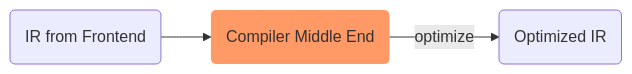
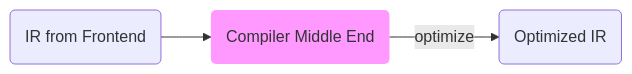
The seventh of 10 diagrams in docs/Tutorials/07_compiler.md (avimehenwal/python.avimehenwal), drawn with Mermaid before and after one commit. The commit also changed other lines of this file and 14 other files, not shown here.

````diff
--- a/docs/Tutorials/07_compiler.md
+++ b/docs/Tutorials/07_compiler.md
@@ -278,10 +289,8 @@
 ```mermaid
 graph LR
 A(IR from Frontend)
-B(Compiler Middle End):::orange
+B(Compiler Middle End):::purple
 C(Optimized IR)
-
 A --> B -- optimize --> C
-
-classDef orange fill:#f96,stroke-width:0px;
+classDef purple fill:#f9f,stroke:#333,stroke-width:0px;
 ```
````
